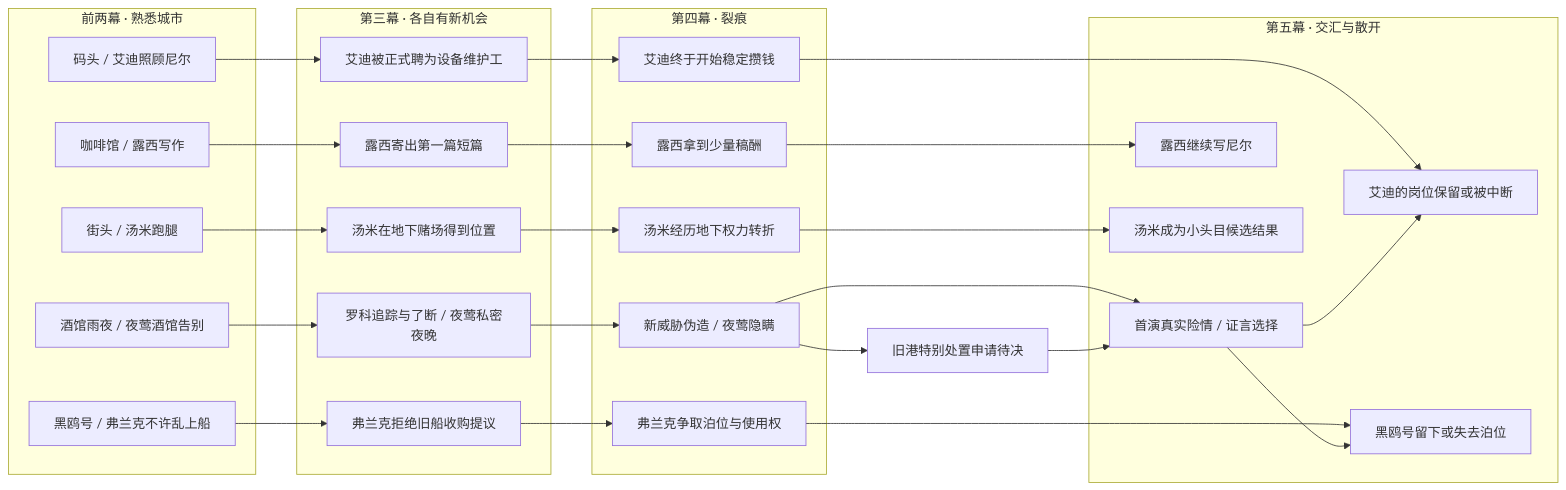
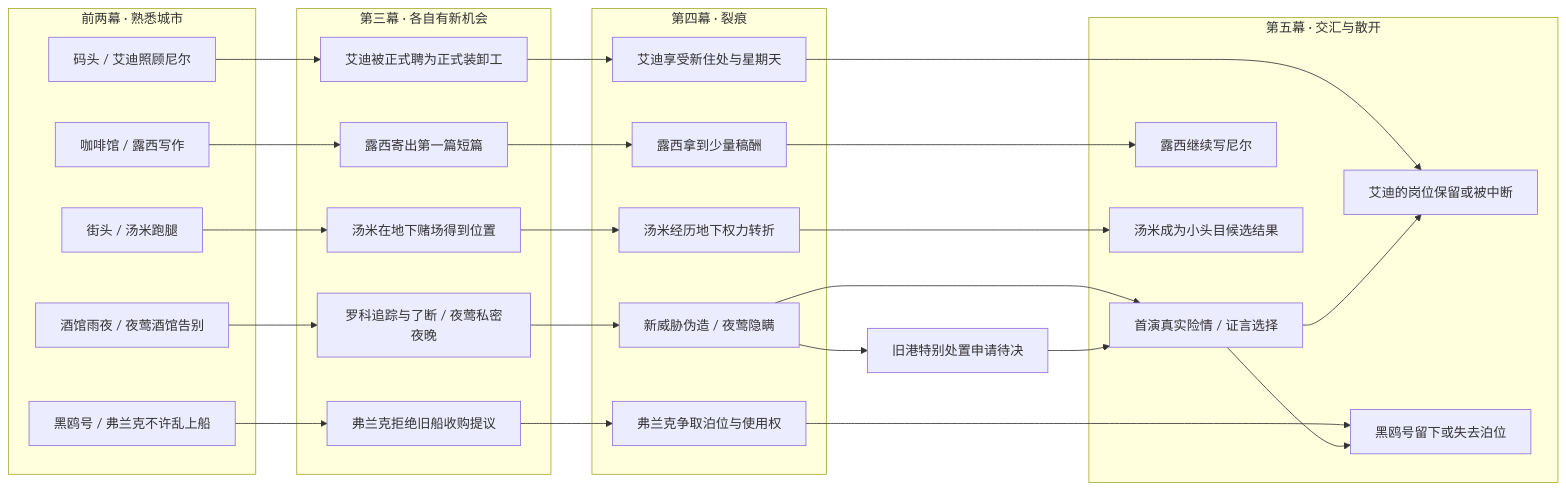
Before and after one commit to guopanqi/ssnoir: the second of 2 diagrams in docs/章节/第一章/详细设计/01_内容网络与世界进程.md, drawn with Mermaid. The commit also changed other lines of this file and 1454 other files, not shown here.

````diff
--- a/docs/章节/第一章/详细设计/01_内容网络与世界进程.md
+++ b/docs/章节/第一章/详细设计/01_内容网络与世界进程.md
@@ -54,40 +54,40 @@
 ```mermaid
 flowchart LR
   subgraph I_II["前两幕 · 熟悉城市"]
     A["酒馆雨夜 / 夜莺酒馆告别"]
     B["码头 / 艾迪照顾尼尔"]
     C["咖啡馆 / 露西写作"]
     D["黑鸥号 / 弗兰克不许乱上船"]
     E["街头 / 汤米跑腿"]
   end
   subgraph III["第三幕 · 各自有新机会"]
     A3["罗科追踪与了断 / 夜莺私密夜晚"]
-    B3["艾迪被正式聘为设备维护工"]
+    B3["艾迪被正式聘为正式装卸工"]
     C3["露西寄出第一篇短篇"]
     D3["弗兰克拒绝旧船收购提议"]
     E3["汤米在地下赌场得到位置"]
   end
   subgraph IV["第四幕 · 裂痕"]
     A4["新威胁伪造 / 夜莺隐瞒"]
-    B4["艾迪终于开始稳定攒钱"]
+    B4["艾迪享受新住处与星期天"]
     C4["露西拿到少量稿酬"]
     D4["弗兰克争取泊位与使用权"]
     E4["汤米经历地下权力转折"]
   end
   subgraph V["第五幕 · 交汇与散开"]
     A5["首演真实险情 / 证言选择"]
     B5["艾迪的岗位保留或被中断"]
     C5["露西继续写尼尔"]
     D5["黑鸥号留下或失去泊位"]
     E5["汤米成为小头目候选结果"]
   end
   A --> A3 --> A4 --> A5
   B --> B3 --> B4 --> B5
   C --> C3 --> C4 --> C5
   D --> D3 --> D4 --> D5
   E --> E3 --> E4 --> E5
   A4 --> WORLD["旧港特别处置申请待决"]
   WORLD --> A5
   A5 --> B5
   A5 --> D5
 ```
````
